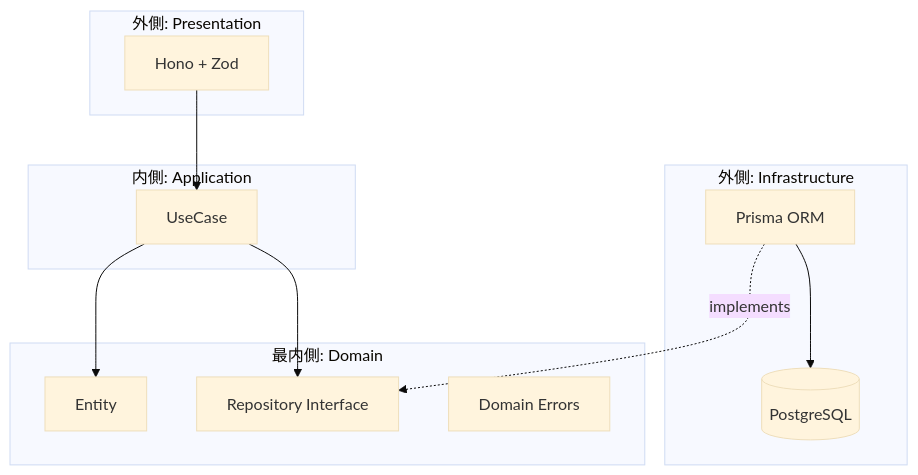
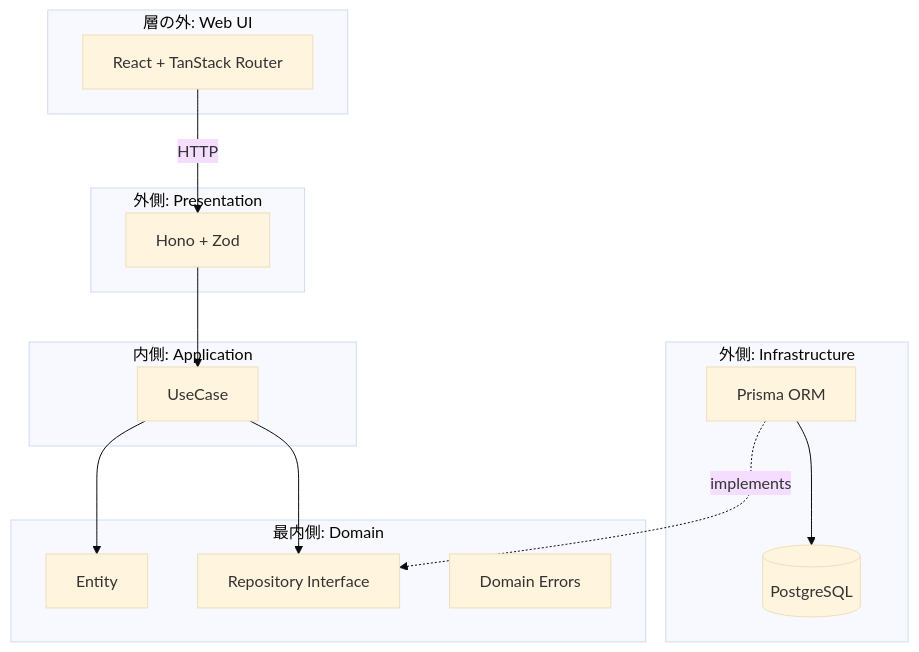
Before and after one commit to nemonsoon/ddd-issue-tracker: the first of 2 diagrams in docs/architecture.md, drawn with Mermaid (base theme). The commit also changed other lines of this file and 3 other files, not shown here.

````diff
--- a/docs/architecture.md
+++ b/docs/architecture.md
@@ -11,27 +11,32 @@
 ```mermaid
 graph TD
+    subgraph "層の外: Web UI"
+        Browser[React + TanStack Router]
+    end
+
     subgraph "外側: Infrastructure"
         DB[(PostgreSQL)]
         Prisma[Prisma ORM]
     end
 
     subgraph "外側: Presentation"
         HTTP[Hono + Zod]
     end
 
     subgraph "内側: Application"
         UC[UseCase]
     end
 
     subgraph "最内側: Domain"
         Entity[Entity]
         Repo[Repository Interface]
         Err[Domain Errors]
     end
 
+    Browser -->|HTTP| HTTP
     HTTP --> UC
     UC --> Entity
     UC --> Repo
     Prisma -.->|implements| Repo
     Prisma --> DB
 ```
````
